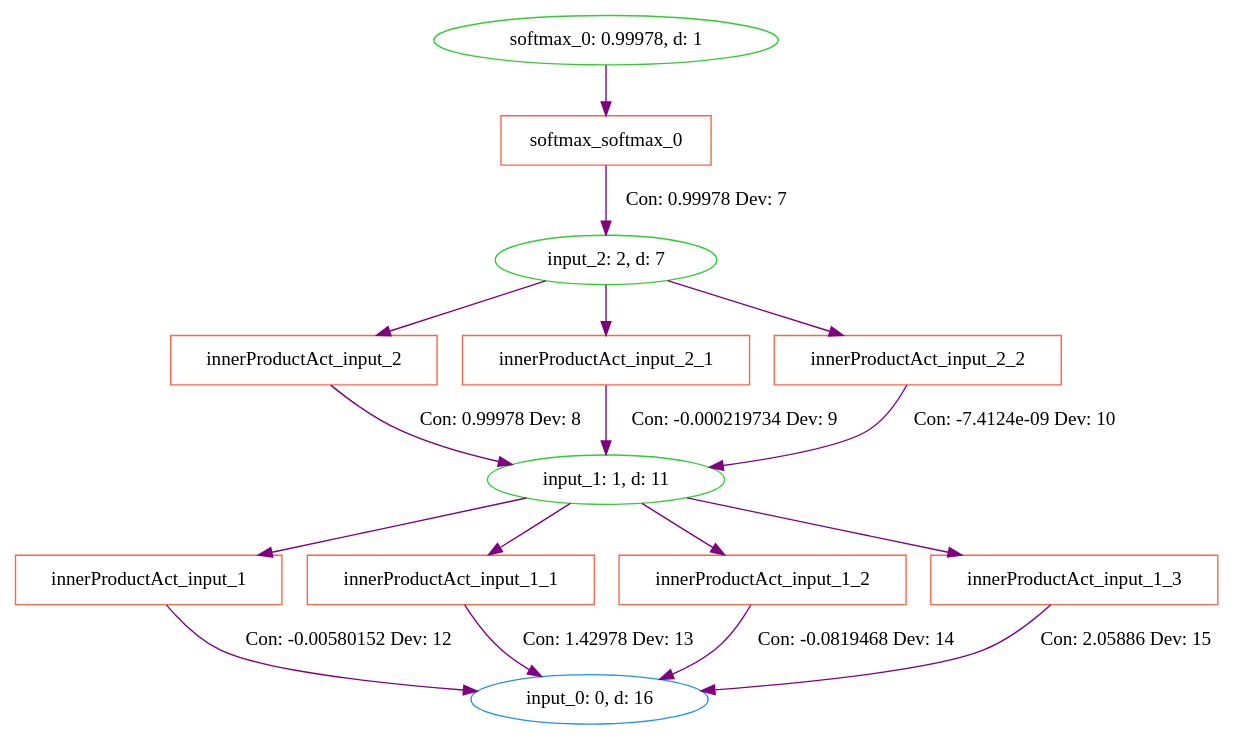
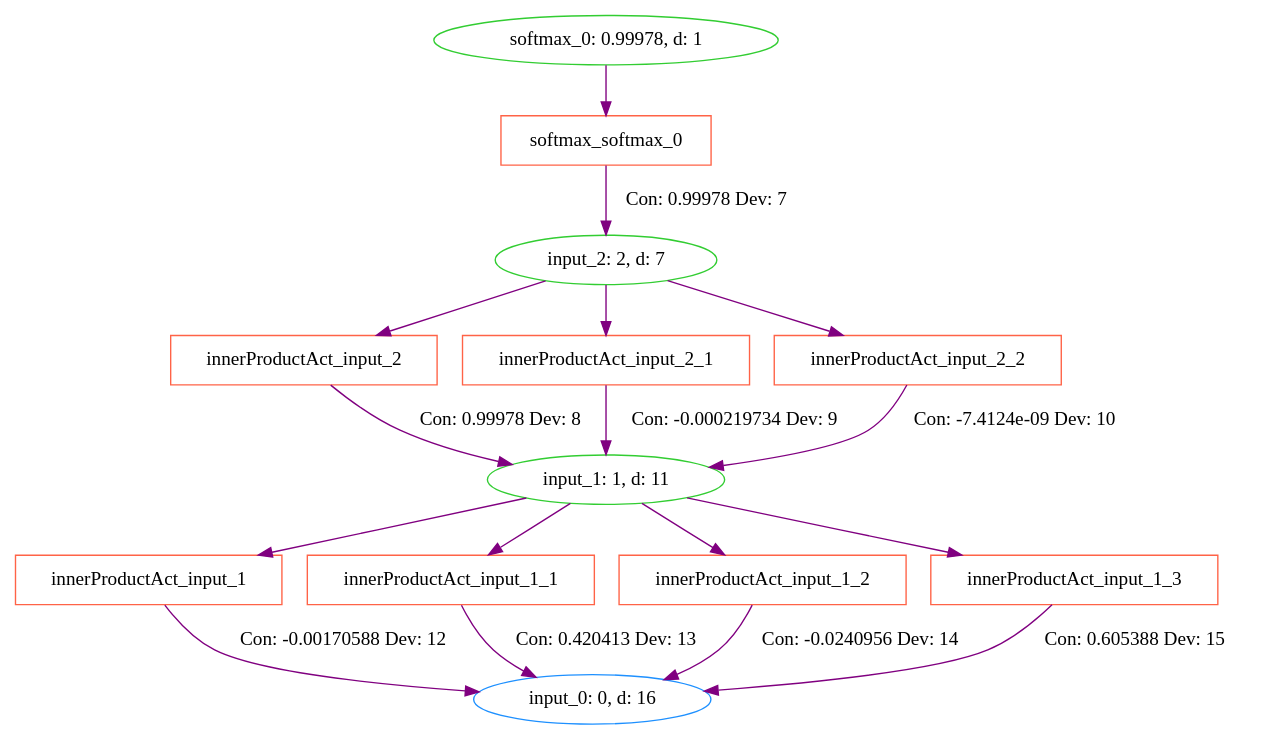
Before and after one commit to milliondegree/PXAI: the diagram in data/iris/cprov/test2-softmax_0.dot, drawn with Graphviz. The commit also changed 8 other files, not shown here.

```diff
--- a/data/iris/cprov/test2-softmax_0.dot
+++ b/data/iris/cprov/test2-softmax_0.dot
@@ -1,46 +1,46 @@
 digraph G {
 0 [label="softmax_0: 0.99978, d: 1", shape=oval, color=limegreen];
 1 [label="softmax_softmax_0", shape=box, color=tomato];
 2 [label="input_2: 2, d: 7", shape=oval, color=limegreen];
 3 [label="innerProductAct_input_2", shape=box, color=tomato];
 4 [label="input_1: 1, d: 11", shape=oval, color=limegreen];
 5 [label="innerProductAct_input_1", shape=box, color=tomato];
 6 [label="input_0: 0, d: 16", shape=oval, color=dodgerblue];
 7 [label="innerProductAct_input_1_1", shape=box, color=tomato];
 8 [label="innerProductAct_input_1_2", shape=box, color=tomato];
 9 [label="innerProductAct_input_1_3", shape=box, color=tomato];
 10 [label="innerProductAct_input_2_1", shape=box, color=tomato];
 11 [label="innerProductAct_input_2_2", shape=box, color=tomato];
 0->1  [color=purple]
  [label=""];
 1->2  [color=purple]
  [label="Con: 0.99978 Dev: 7"];
 2->3  [color=purple]
  [label=""];
 3->4  [color=purple]
  [label="Con: 0.99978 Dev: 8"];
 4->5  [color=purple]
  [label=""];
 5->6  [color=purple]
- [label="Con: -0.00580152 Dev: 12"];
+ [label="Con: -0.00170588 Dev: 12"];
 4->7  [color=purple]
  [label=""];
 7->6  [color=purple]
- [label="Con: 1.42978 Dev: 13"];
+ [label="Con: 0.420413 Dev: 13"];
 4->8  [color=purple]
  [label=""];
 8->6  [color=purple]
- [label="Con: -0.0819468 Dev: 14"];
+ [label="Con: -0.0240956 Dev: 14"];
 4->9  [color=purple]
  [label=""];
 9->6  [color=purple]
- [label="Con: 2.05886 Dev: 15"];
+ [label="Con: 0.605388 Dev: 15"];
 2->10  [color=purple]
  [label=""];
 10->4  [color=purple]
  [label="Con: -0.000219734 Dev: 9"];
 2->11  [color=purple]
  [label=""];
 11->4  [color=purple]
  [label="Con: -7.4124e-09 Dev: 10"];
 }
```
